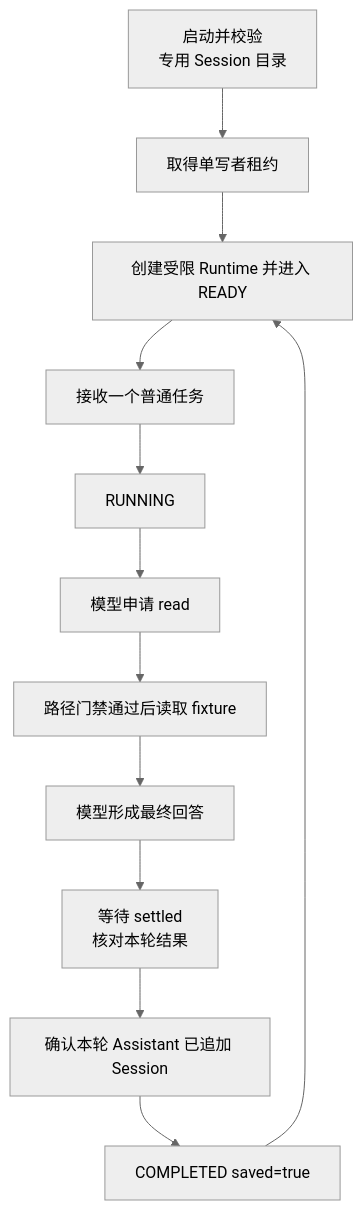
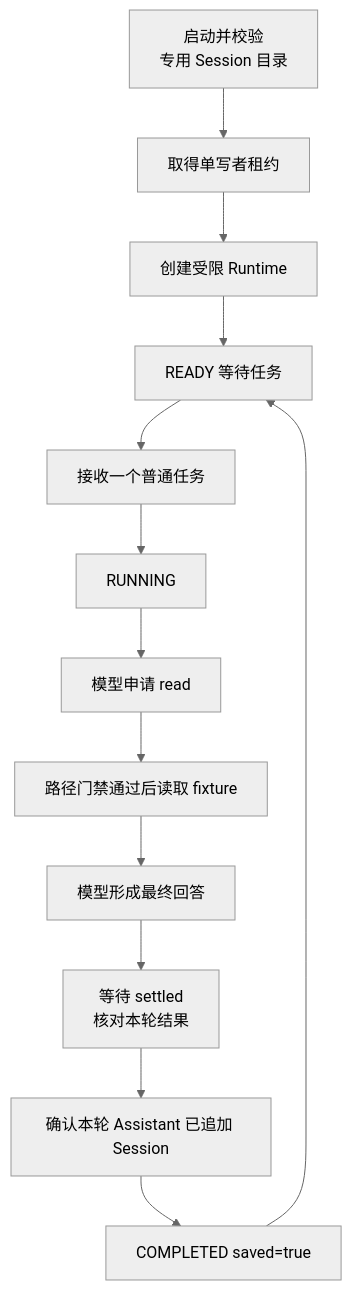
The first of 2 diagrams in docs/tutorials/25-构建任务台与异常测试.md (small-xiexu/pi-study), drawn with Mermaid (neutral theme) before and after one commit. The commit also changed other lines of this file and 44 other files, not shown here.

````diff
--- a/docs/tutorials/25-构建任务台与异常测试.md
+++ b/docs/tutorials/25-构建任务台与异常测试.md
@@ -37,14 +50,15 @@
 ```mermaid
 flowchart TD
     A["启动并校验<br/>专用 Session 目录"] --> B[取得单写者租约]
-    B --> C[创建受限 Runtime 并进入 READY]
-    C --> D[接收一个普通任务]
+    B --> C[创建受限 Runtime]
+    C --> L[READY 等待任务]
+    L --> D[接收一个普通任务]
     D --> E[RUNNING]
     E --> F[模型申请 read]
     F --> G[路径门禁通过后读取 fixture]
     G --> H[模型形成最终回答]
     H --> I["等待 settled<br/>核对本轮结果"]
     I --> J[确认本轮 Assistant 已追加 Session]
     J --> K[COMPLETED saved=true]
-    K --> C
+    K --> L
 ```
````
